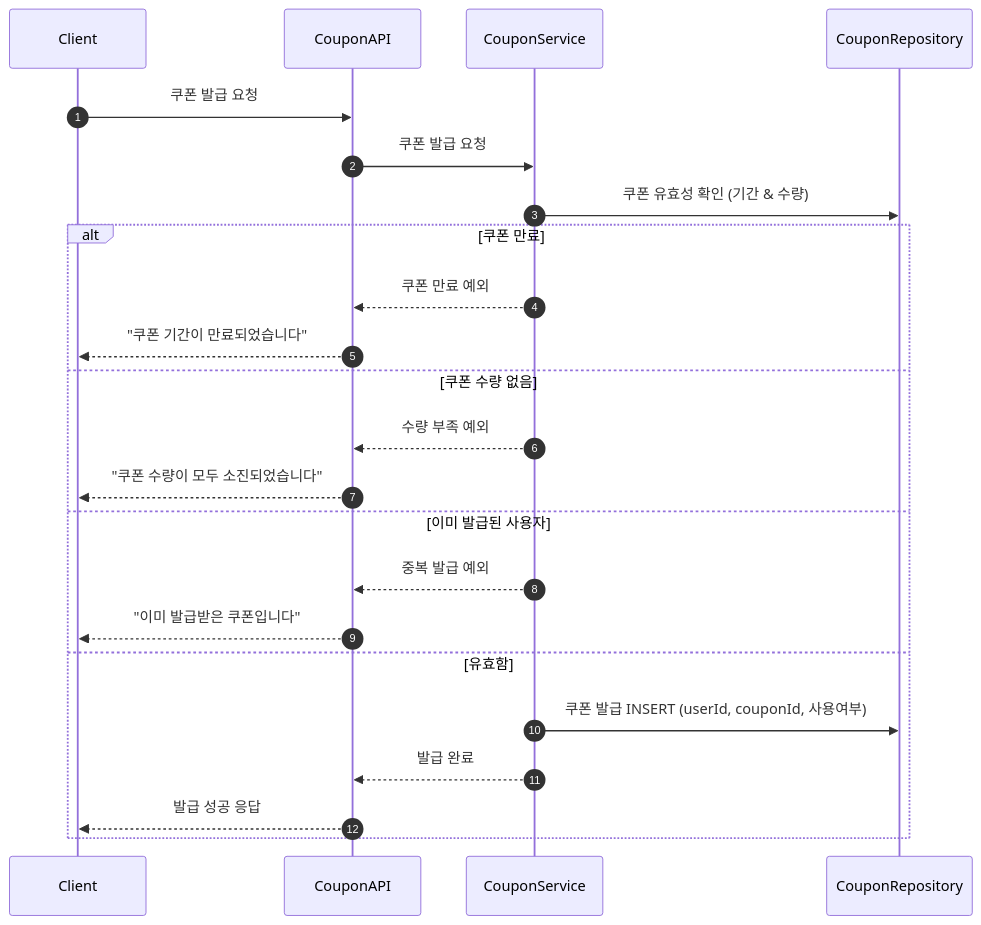
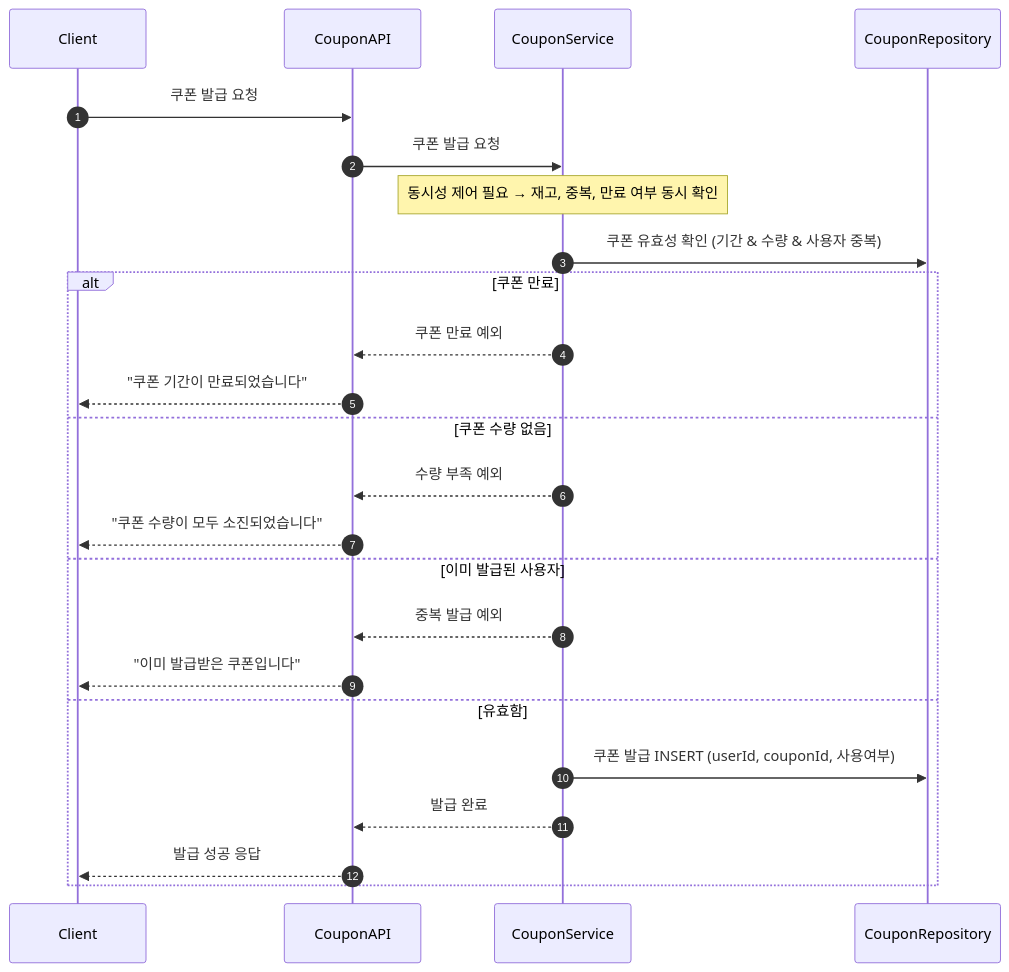
Before and after one commit to ehdgus0221/hhplus-ecommerce: the fourth of 7 diagrams in docs/Sequence.md, drawn with Mermaid. The commit also changed other lines of this file, not shown here.

Commit message:
[DOCS] : 시퀀스 다이어그램 문서 수정 (동시성, 캐시 추가)

````diff
--- a/docs/Sequence.md
+++ b/docs/Sequence.md
@@ -56,27 +57,28 @@
 ```mermaid
 sequenceDiagram
     autonumber
     participant Client
     participant CouponAPI
     participant CouponService
     participant CouponRepository
 
     Client->>CouponAPI: 쿠폰 발급 요청
     CouponAPI->>CouponService: 쿠폰 발급 요청
-    CouponService->>CouponRepository: 쿠폰 유효성 확인 (기간 & 수량)
+    Note over CouponService: 동시성 제어 필요 → 재고, 중복, 만료 여부 동시 확인
+    CouponService->>CouponRepository: 쿠폰 유효성 확인 (기간 & 수량 & 사용자 중복)
 
     alt 쿠폰 만료
         CouponService-->>CouponAPI: 쿠폰 만료 예외
         CouponAPI-->>Client: "쿠폰 기간이 만료되었습니다"
     else 쿠폰 수량 없음
         CouponService-->>CouponAPI: 수량 부족 예외
         CouponAPI-->>Client: "쿠폰 수량이 모두 소진되었습니다"
     else 이미 발급된 사용자
         CouponService-->>CouponAPI: 중복 발급 예외
         CouponAPI-->>Client: "이미 발급받은 쿠폰입니다"
     else 유효함
         CouponService->>CouponRepository: 쿠폰 발급 INSERT (userId, couponId, 사용여부)
         CouponService-->>CouponAPI: 발급 완료
         CouponAPI-->>Client: 발급 성공 응답
     end
 ```
````
